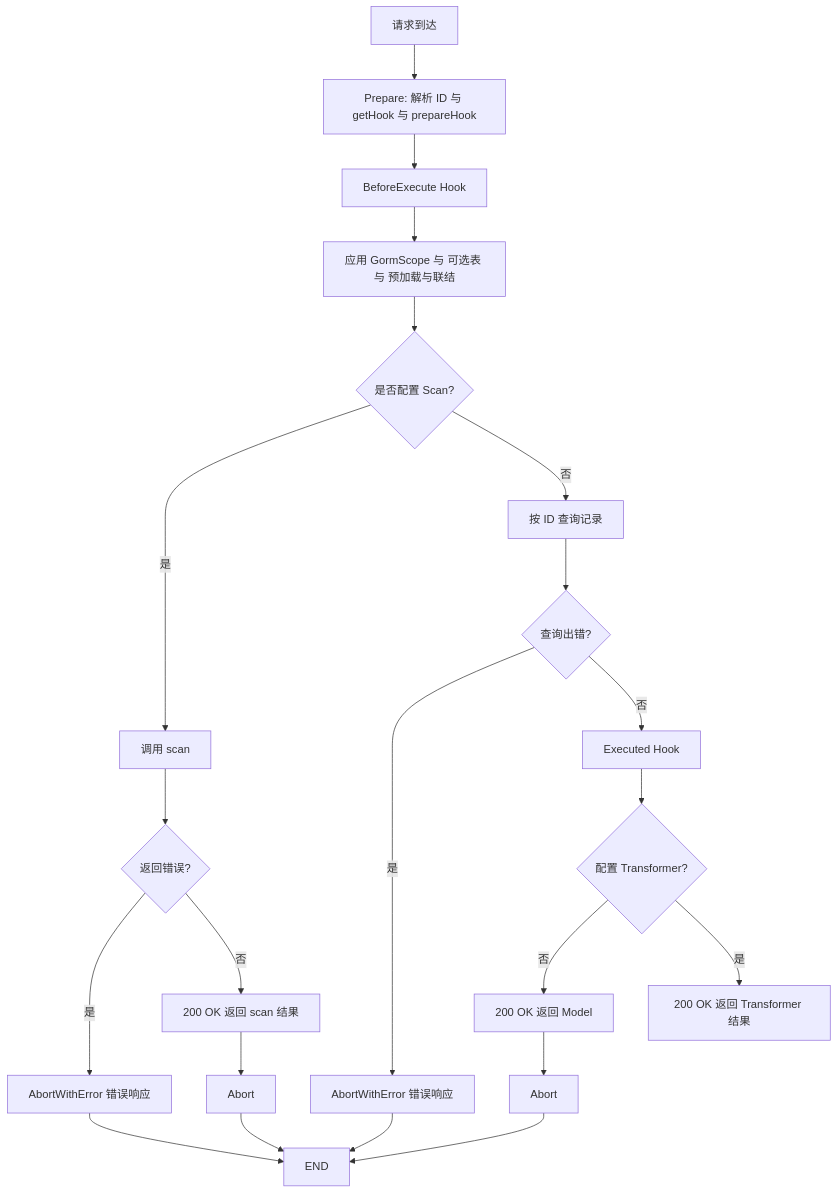
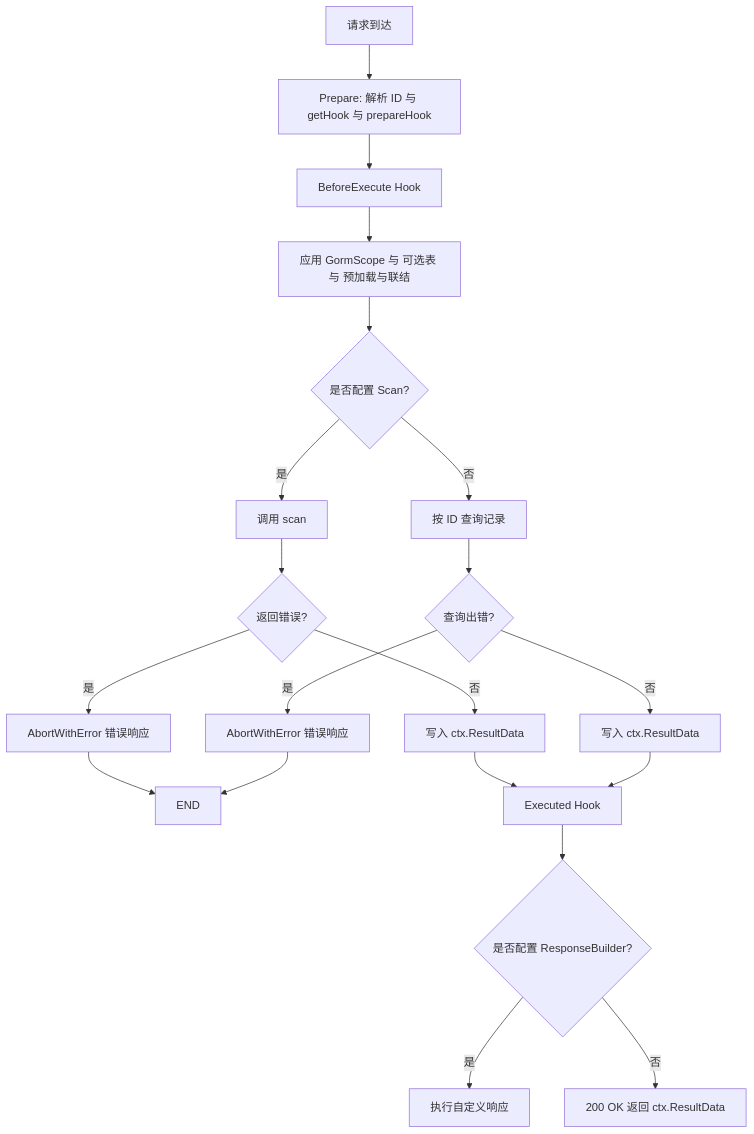
The diagram in docs/api-level/item.md (uozi-tech/cosy), drawn with Mermaid before and after one commit. The commit also changed other lines of this file and 6 other files, not shown here.

Commit message:
feat: add custom response builder support for single and list queries

````diff
--- a/docs/api-level/item.md
+++ b/docs/api-level/item.md
@@ -110,22 +129,20 @@
 ```mermaid
 flowchart TD
   A[请求到达] --> P[Prepare: 解析 ID 与 getHook 与 prepareHook]
   P --> BE[BeforeExecute Hook]
   BE --> DB[应用 GormScope 与 可选表 与 预加载与联结]
   DB --> SCAN{是否配置 Scan?}
   SCAN -- 是 --> R[调用 scan]
   R --> RERR{返回错误?}
   RERR -- 是 --> E[AbortWithError 错误响应] --> END
-  RERR -- 否 --> OK200S[200 OK 返回 scan 结果]
-  OK200S --> AB[Abort]
-  AB --> END
+  RERR -- 否 --> RDATA1[写入 ctx.ResultData]
   SCAN -- 否 --> FIRST[按 ID 查询记录]
   FIRST --> FERR{查询出错?}
   FERR -- 是 --> E2[AbortWithError 错误响应] --> END
-  FERR -- 否 --> EX[Executed Hook]
-  EX --> RESP{配置 Transformer?}
-  RESP -- 否 --> OK200[200 OK 返回 Model]
-  OK200 --> AB2[Abort]
-  AB2 --> END
-  RESP -- 是 --> OK200T[200 OK 返回 Transformer 结果]
+  FERR -- 否 --> RDATA2[写入 ctx.ResultData]
+  RDATA1 --> EX[Executed Hook]
+  RDATA2 --> EX
+  EX --> RESP{是否配置 ResponseBuilder?}
+  RESP -- 是 --> CUST[执行自定义响应]
+  RESP -- 否 --> OK200[200 OK 返回 ctx.ResultData]
 ```
````
